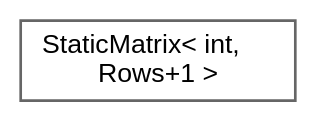
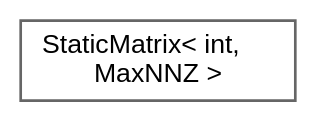
Before and after one commit to jswoo0615/Algorithms_for_Optimization_cpp: the diagram in inherit_graph_91.dot, drawn with Graphviz. The commit also changed 78 other files, not shown here.

```diff
--- a/inherit_graph_91.dot
+++ b/inherit_graph_91.dot
@@ -1,9 +1,9 @@
 digraph "Graphical Class Hierarchy"
 {
  // LATEX_PDF_SIZE
   bgcolor="transparent";
   edge [fontname=Helvetica,fontsize=10,labelfontname=Helvetica,labelfontsize=10];
   node [fontname=Helvetica,fontsize=10,shape=box,height=0.2,width=0.4];
   rankdir="LR";
-  Node0 [id="Node000000",label="StaticMatrix\< int,\l Rows+1 \>",height=0.2,width=0.4,color="grey40", fillcolor="white", style="filled",URL="$classStaticMatrix.html",tooltip=" "];
+  Node0 [id="Node000000",label="StaticMatrix\< int,\l MaxNNZ \>",height=0.2,width=0.4,color="grey40", fillcolor="white", style="filled",URL="$classStaticMatrix.html",tooltip=" "];
 }
```
